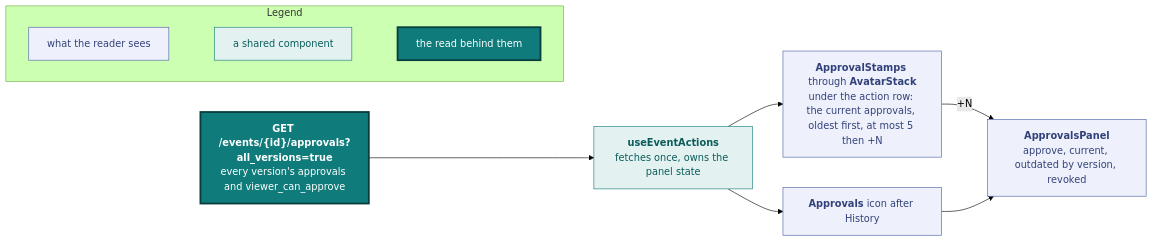
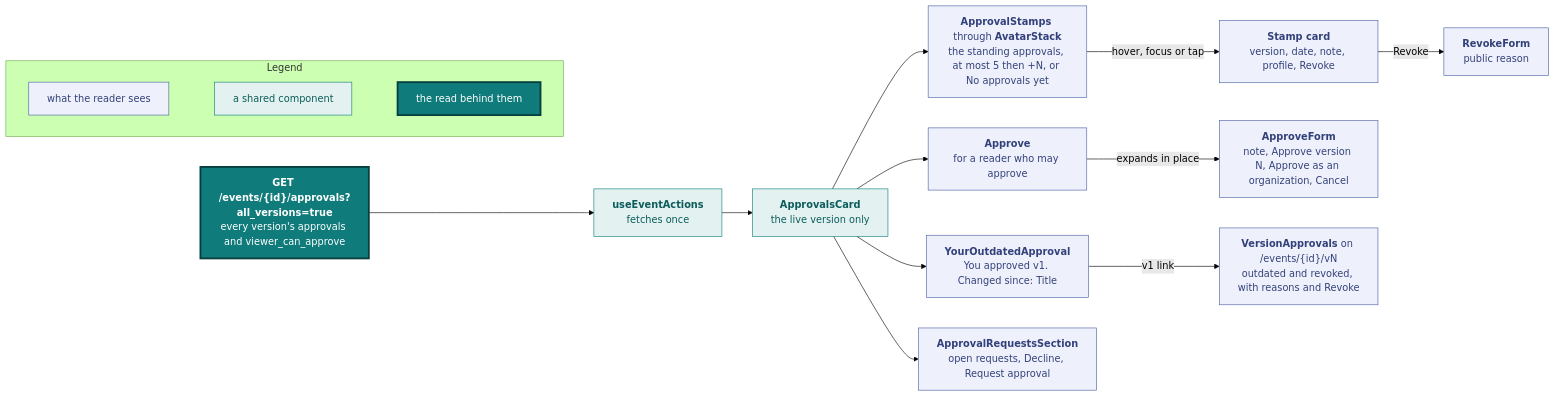
Before and after one commit to vidithq/vidit: the sixth of 11 diagrams in docs/design.md, drawn with Mermaid (forest theme). The commit also changed other lines of this file and 96 other files, not shown here.

````diff
--- a/docs/design.md
+++ b/docs/design.md
@@ -519,30 +592,47 @@
 ```mermaid
 flowchart LR
   classDef spec fill:#eef1fb,stroke:#4a5fa5,color:#33417a
   classDef shared fill:#e3f2f1,stroke:#0f7b7a,color:#0b5c5b
   classDef core fill:#0f7b7a,stroke:#083f3e,stroke-width:3px,color:#ffffff
 
   subgraph legend [Legend]
     direction LR
     l1["`what the reader sees`"]:::spec
     l2["`a shared component`"]:::shared
     l3["`the read behind them`"]:::core
     l1 ~~~ l2 ~~~ l3
   end
 
   read["`**GET /events/{id}/approvals?all_versions=true**
   every version's approvals and viewer_can_approve`"]:::core
   hook["`**useEventActions**
-  fetches once, owns the panel state`"]:::shared
+  fetches once`"]:::shared
+  card["`**ApprovalsCard**
+  the live version only`"]:::shared
   stamps["`**ApprovalStamps** through **AvatarStack**
-  under the action row: the current approvals, oldest first, at most 5 then +N`"]:::spec
-  trigger["`**Approvals** icon after History`"]:::spec
-  panel["`**ApprovalsPanel**
-  approve, current, outdated by version, revoked`"]:::spec
+  the standing approvals, at most 5 then +N, or No approvals yet`"]:::spec
+  stampcard["`**Stamp card**
+  version, date, note, profile, Revoke`"]:::spec
+  revoke["`**RevokeForm**
+  public reason`"]:::spec
+  own["`**YourOutdatedApproval**
+  You approved v1. Changed since: Title`"]:::spec
+  approve["`**Approve**
+  for a reader who may approve`"]:::spec
+  form["`**ApproveForm**
+  note, Approve version N, Approve as an organization, Cancel`"]:::spec
+  requests["`**ApprovalRequestsSection**
+  open requests, Decline, Request approval`"]:::spec
+  vn["`**VersionApprovals** on /events/{id}/vN
+  outdated and revoked, with reasons and Revoke`"]:::spec
 
-  read --> hook
-  hook --> stamps
-  hook --> trigger
-  stamps -- "+N" --> panel
-  trigger --> panel
+  read --> hook --> card
+  card --> stamps
+  card --> own
+  card --> approve
+  card --> requests
+  stamps -->|"hover, focus or tap"| stampcard
+  stampcard -->|"Revoke"| revoke
+  approve -->|"expands in place"| form
+  own -->|"v1 link"| vn
 ```
````
